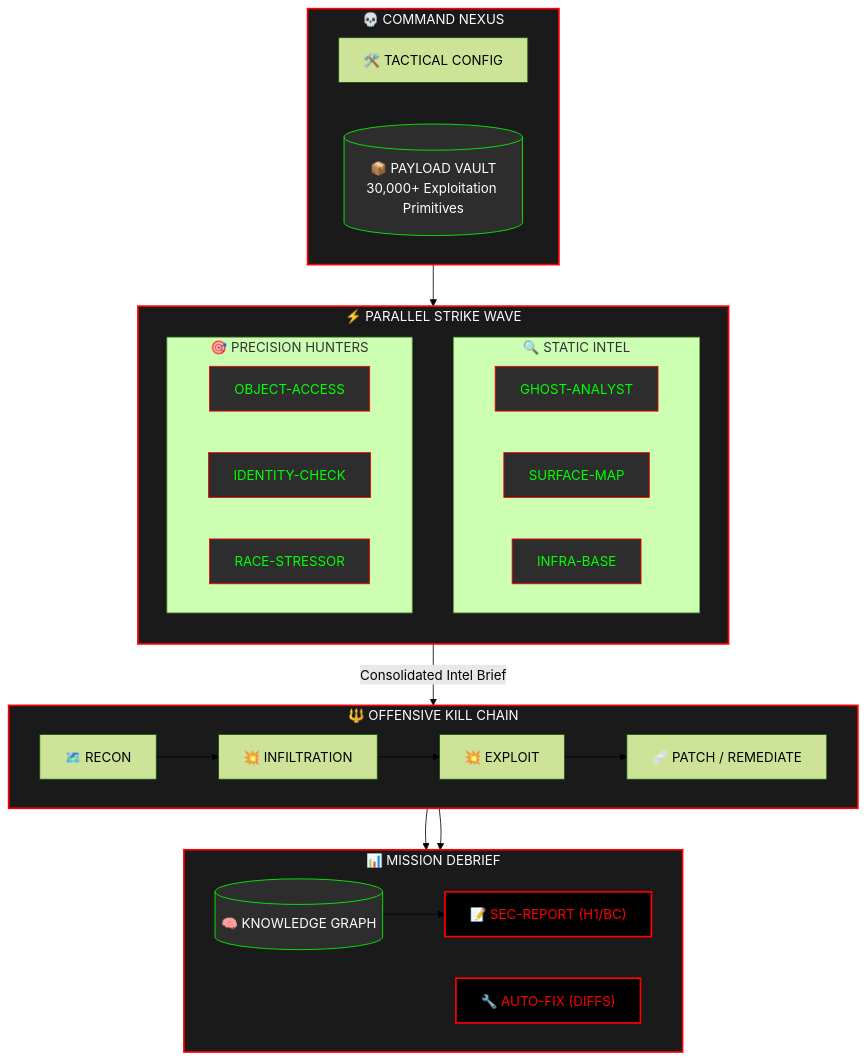
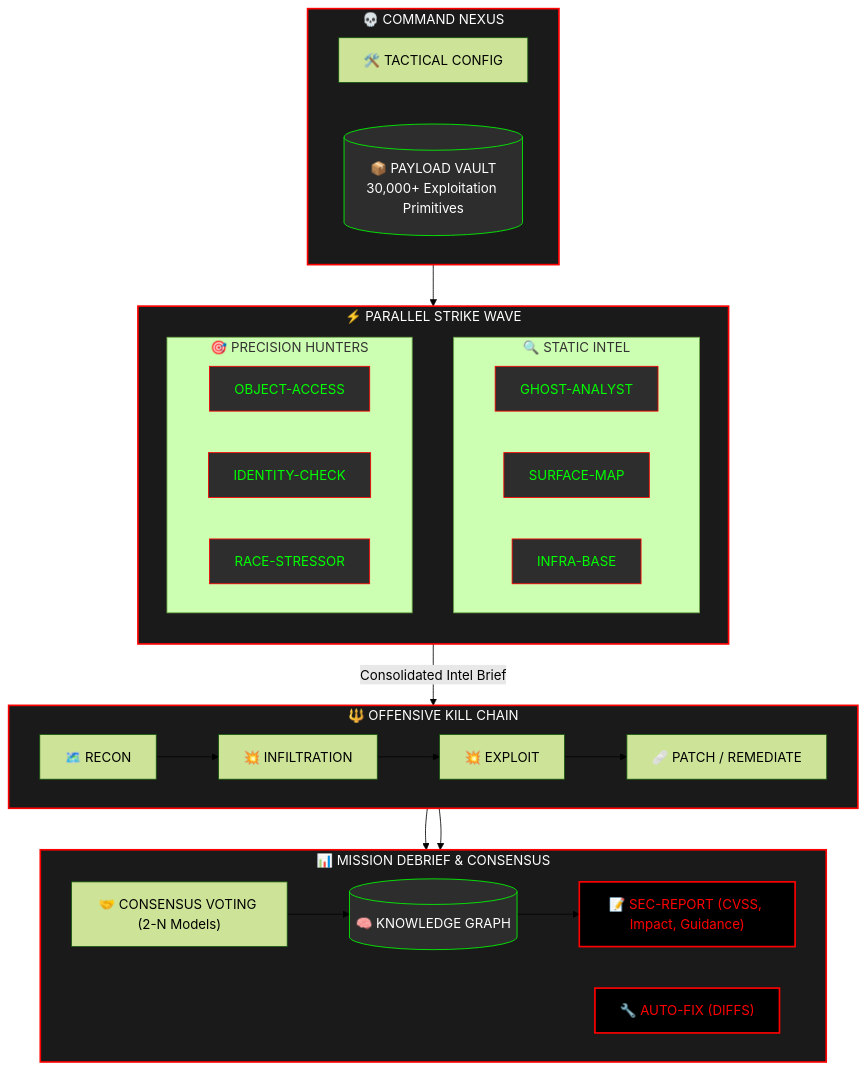
Before and after one commit to gl1tch0x1/SecAgents: the diagram in README.md, drawn with Mermaid (forest theme). The commit also changed other lines of this file and 33 other files, not shown here.

````diff
--- a/README.md
+++ b/README.md
@@ -50,57 +55,59 @@
 ```mermaid
 flowchart TB
     %% ── Style Definitions ────────────────────────────────────────────────
     classDef nexus fill:#1a1a1a,stroke:#ff0000,stroke-width:2px,color:#fff;
     classDef operative fill:#2d2d2d,stroke:#ff0000,stroke-width:1px,color:#00ff00;
     classDef vault fill:#2d2d2d,stroke:#00ff00,stroke-width:1px,color:#fff;
     classDef debrief fill:#000,stroke:#ff0000,stroke-width:2px,color:#ff0000;
 
     %% ── Layer 0: Nexus ───────────────────────────────────────────────────
     subgraph NEXUS["💀 COMMAND NEXUS"]
         direction LR
         CFG["🛠️ TACTICAL CONFIG"]
         PL[("📦 PAYLOAD VAULT\n30,000+ Exploitation Primitives")]
     end
 
     %% ── Layer 1: Operative Wave ──────────────────────────────────────────
     subgraph WAVE["⚡ PARALLEL STRIKE WAVE"]
         direction TB
         subgraph STATIC["🔍 STATIC INTEL"]
             CA["GHOST-ANALYST"]
             OS["SURFACE-MAP"]
             IC["INFRA-BASE"]
         end
         subgraph BOUNTY["🎯 PRECISION HUNTERS"]
             ID["OBJECT-ACCESS"]
             OA["IDENTITY-CHECK"]
             RC["RACE-STRESSOR"]
         end
     end
 
     %% ── Layer 2: Pipeline ────────────────────────────────────────────────
     subgraph KILLCHAIN["🔱 OFFENSIVE KILL CHAIN"]
         direction LR
         RECON["🗺️ RECON"] --> INFIL["💥 INFILTRATION"] --> EXPLOIT["💥 EXPLOIT"] --> CLEANUP["🩹 PATCH / REMEDIATE"]
     end
 
     %% ── Layer 3: Debrief ──────────────────────────────────────────────────
-    subgraph DEBRIEF["📊 MISSION DEBRIEF"]
+    subgraph DEBRIEF["📊 MISSION DEBRIEF & CONSENSUS"]
         direction LR
         KG[("🧠 KNOWLEDGE GRAPH")]
-        REP["📝 SEC-REPORT (H1/BC)"]
+        CONSENSUS["🤝 CONSENSUS VOTING (2-N Models)"]
+        REP["📝 SEC-REPORT (CVSS, Impact, Guidance)"]
         PATCH["🔧 AUTO-FIX (DIFFS)"]
     end
 
     %% ── Connections ──────────────────────────────────────────────────────
     NEXUS --> WAVE
     WAVE -->|"Consolidated Intel Brief"| KILLCHAIN
-    KILLCHAIN --> KG
+    KILLCHAIN --> CONSENSUS
+    CONSENSUS --> KG
     KG --> REP
     KILLCHAIN --> PATCH
 
     %% ── Apply Styles ─────────────────────────────────────────────────────
     class NEXUS,WAVE,KILLCHAIN,DEBRIEF nexus;
     class CA,OS,IC,ID,OA,RC operative;
     class PL,KG vault;
     class REP,PATCH debrief;
 ```
````
